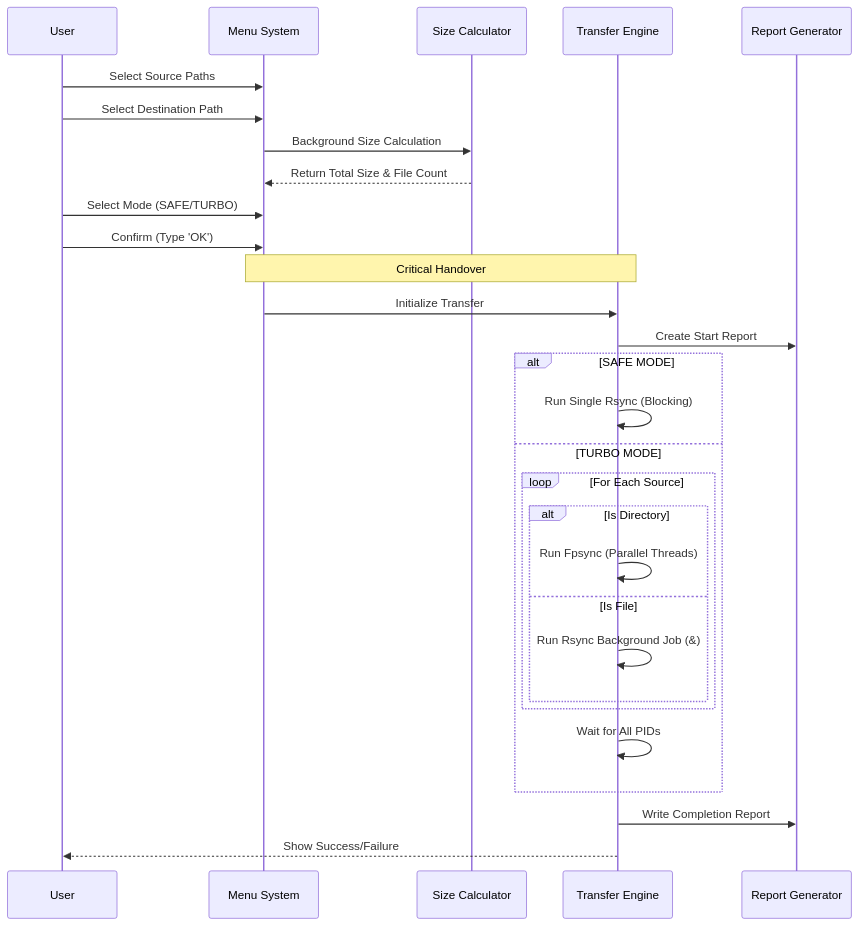
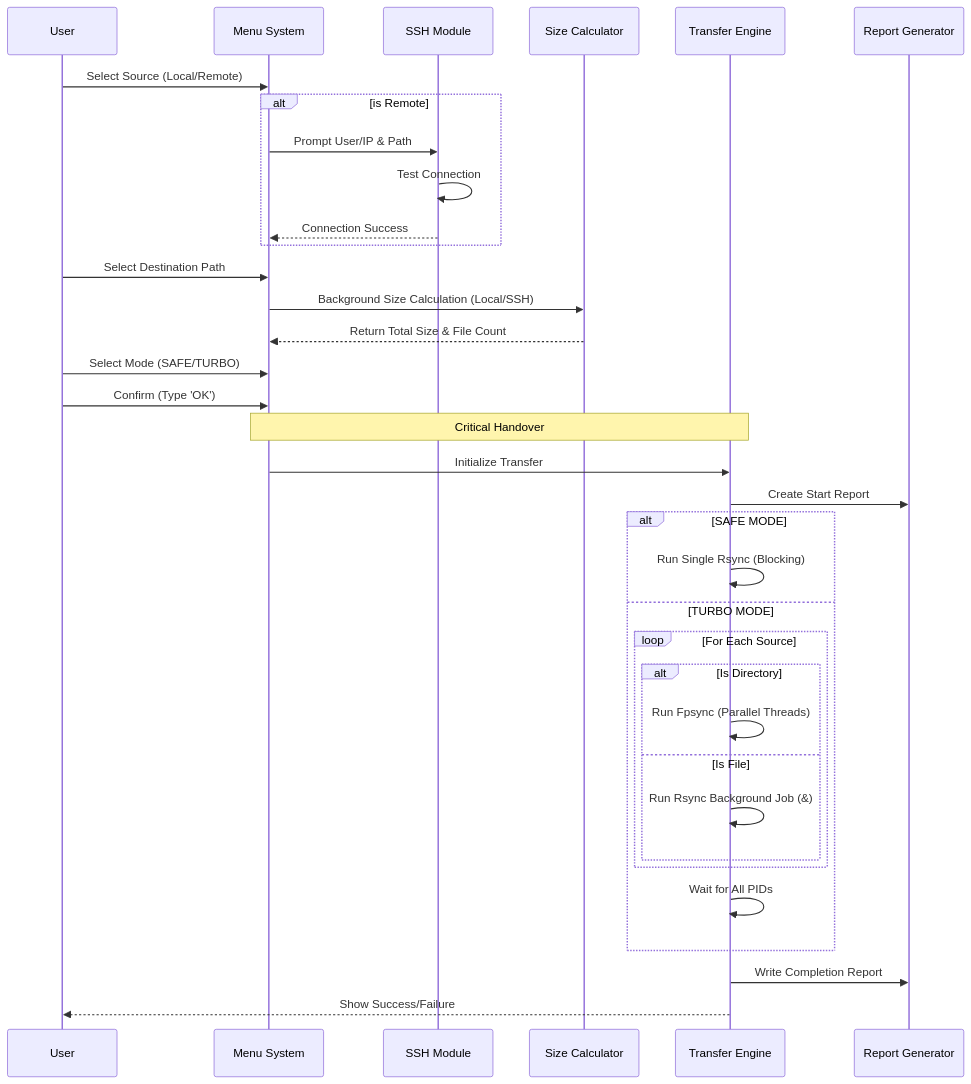
Before and after one commit to ddt-mmt/zturbo: the second of 3 diagrams in ARCHITECTURE.md, drawn with Mermaid. The commit also changed other lines of this file and 2 other files, not shown here.

Commit message:
Update ZTURBO to V1.3.4: Added Remote SSH Source Support and updated documentation

````diff
--- a/ARCHITECTURE.md
+++ b/ARCHITECTURE.md
@@ -38,37 +44,44 @@
 ```mermaid
 sequenceDiagram
     participant User
     participant Menu as Menu System
+    participant SSH as SSH Module
     participant Calc as Size Calculator
     participant Engine as Transfer Engine
     participant Log as Report Generator
 
-    User->>Menu: Select Source Paths
+    User->>Menu: Select Source (Local/Remote)
+    alt is Remote
+        Menu->>SSH: Prompt User/IP & Path
+        SSH->>SSH: Test Connection
+        SSH-->>Menu: Connection Success
+    end
+    
     User->>Menu: Select Destination Path
-    Menu->>Calc: Background Size Calculation
+    Menu->>Calc: Background Size Calculation (Local/SSH)
     Calc-->>Menu: Return Total Size & File Count
     
     User->>Menu: Select Mode (SAFE/TURBO)
     User->>Menu: Confirm (Type 'OK')
     
     Note over Menu, Engine: Critical Handover
     
     Menu->>Engine: Initialize Transfer
     Engine->>Log: Create Start Report
     
     alt SAFE MODE
         Engine->>Engine: Run Single Rsync (Blocking)
     else TURBO MODE
         loop For Each Source
             alt Is Directory
                 Engine->>Engine: Run Fpsync (Parallel Threads)
             else Is File
                 Engine->>Engine: Run Rsync Background Job (&)
             end
         end
         Engine->>Engine: Wait for All PIDs
     end
     
     Engine->>Log: Write Completion Report
     Engine-->>User: Show Success/Failure
 ```
````
